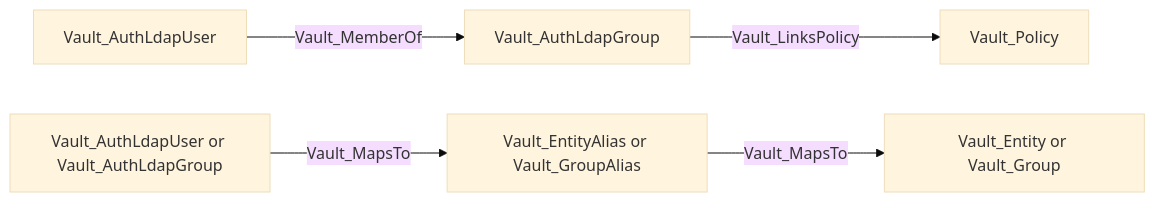
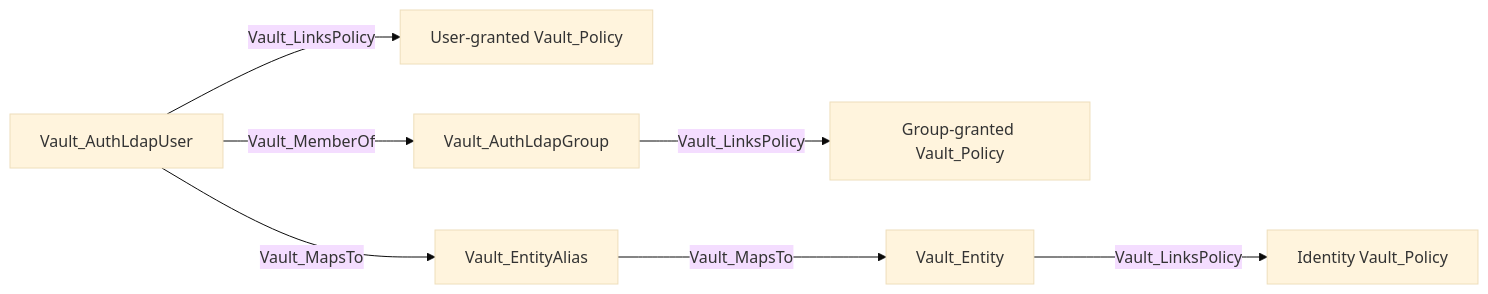
Diagram 22 of 39 in Documentation/stores/AUTH.md (bytewreck/opengraph-vault), drawn with Mermaid (base theme) before and after one commit. The commit also changed other lines of this file and 3 other files, not shown here.

````diff
--- a/Documentation/stores/AUTH.md
+++ b/Documentation/stores/AUTH.md
@@ -360,7 +328,9 @@
 ```mermaid
 flowchart LR
-    user[Vault_AuthLdapUser] -->|Vault_MemberOf| authGroup[Vault_AuthLdapGroup]
-    authGroup -->|Vault_LinksPolicy| policy[Vault_Policy]
-    principal["Vault_AuthLdapUser or Vault_AuthLdapGroup"] -->|Vault_MapsTo| alias["Vault_EntityAlias or Vault_GroupAlias"]
-    alias -->|Vault_MapsTo| identity["Vault_Entity or Vault_Group"]
+    user[Vault_AuthLdapUser] -->|Vault_LinksPolicy| userPolicy[User-granted Vault_Policy]
+    user -->|Vault_MemberOf| authGroup[Vault_AuthLdapGroup]
+    authGroup -->|Vault_LinksPolicy| groupPolicy[Group-granted Vault_Policy]
+    user -->|Vault_MapsTo| alias[Vault_EntityAlias]
+    alias -->|Vault_MapsTo| identity[Vault_Entity]
+    identity -->|Vault_LinksPolicy| identityPolicy[Identity Vault_Policy]
 ```
````
